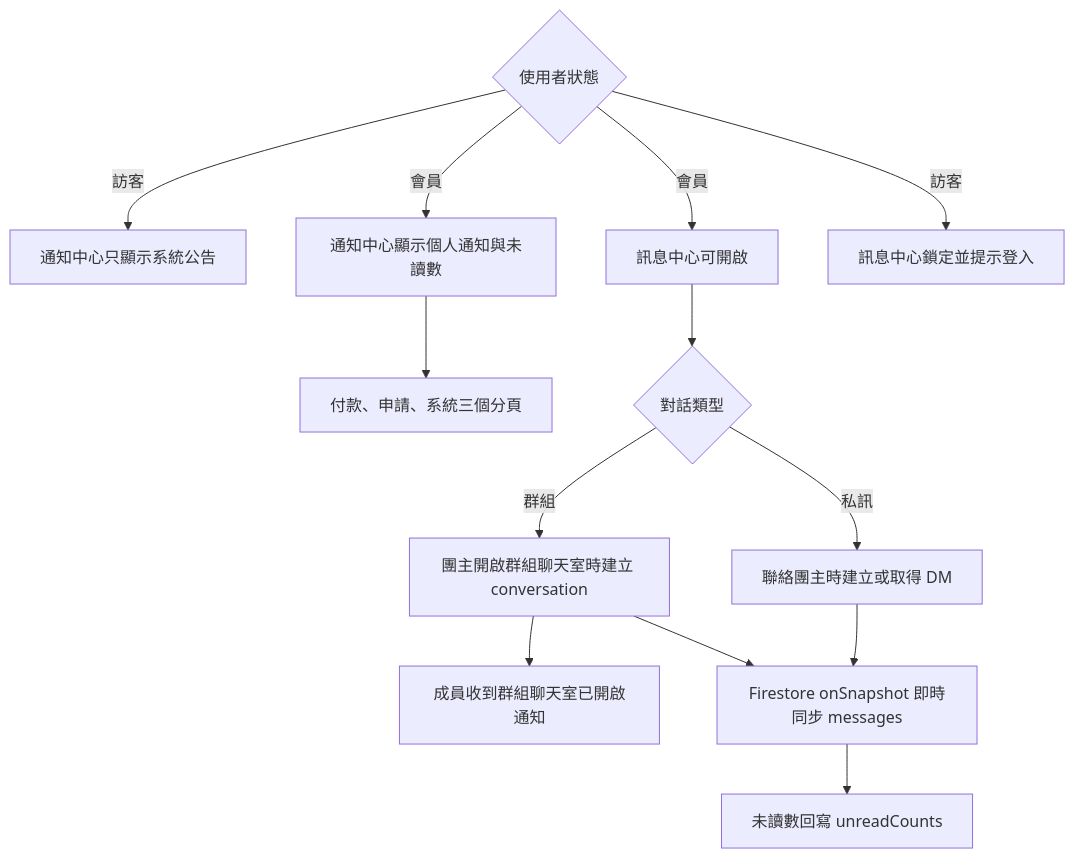
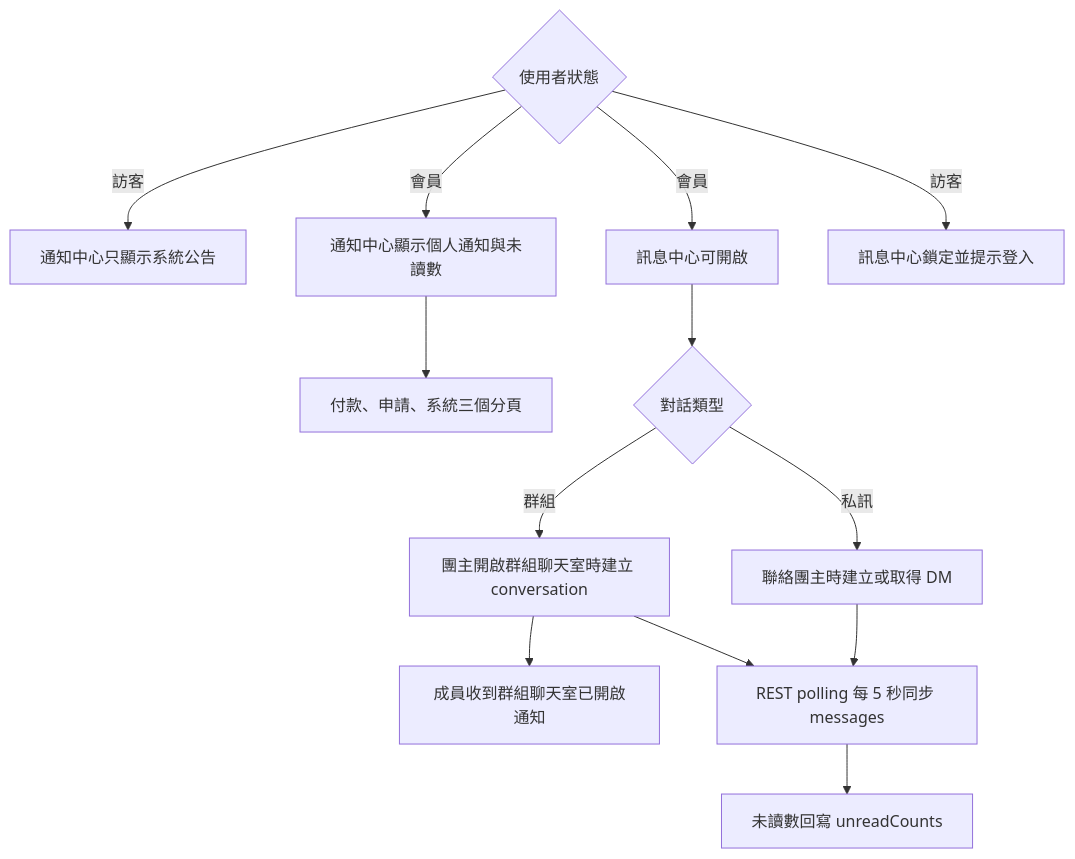
The sixth of 6 diagrams in docs/user-flows.md (s1092055/PartyMatch), drawn with Mermaid before and after one commit. The commit also changed other lines of this file and 32 other files, not shown here.

````diff
--- a/docs/user-flows.md
+++ b/docs/user-flows.md
@@ -173,15 +173,15 @@
 ```mermaid
 flowchart TD
   A{使用者狀態} -->|訪客| B[通知中心只顯示系統公告]
   A -->|會員| C[通知中心顯示個人通知與未讀數]
   C --> D[付款、申請、系統三個分頁]
   A -->|會員| E[訊息中心可開啟]
   A -->|訪客| F[訊息中心鎖定並提示登入]
   E --> G{對話類型}
   G -->|群組| H[團主開啟群組聊天室時建立 conversation]
   G -->|私訊| I[聯絡團主時建立或取得 DM]
   H --> J[成員收到群組聊天室已開啟通知]
-  I --> K[Firestore onSnapshot 即時同步 messages]
+  I --> K[REST polling 每 5 秒同步 messages]
   H --> K
   K --> L[未讀數回寫 unreadCounts]
 ```
````
